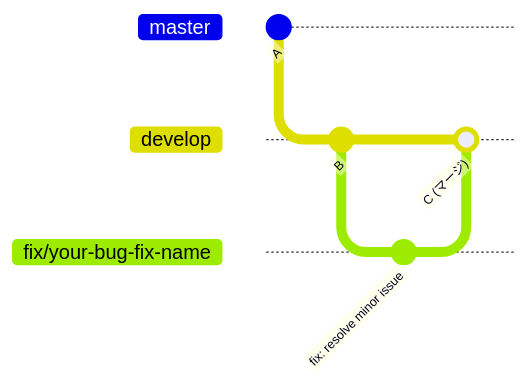
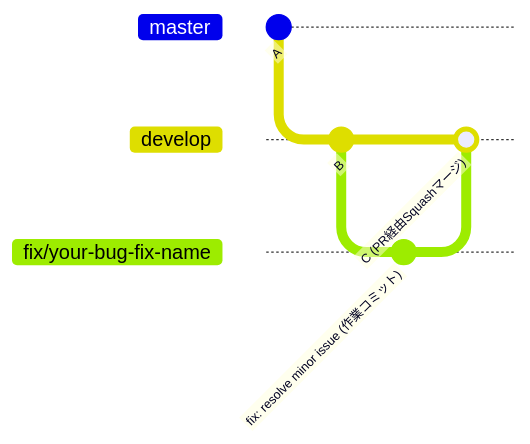
The eighth of 10 diagrams in docs/branching-and-deployment-runbook.md (raysihto-d250311a/ops-guides-ja), drawn with Mermaid before and after one commit. The commit also changed other lines of this file, not shown here.

First line of the commit message:
docs: add checkout -B warnings and update commit graphs for PR-based Squash merge (#17)

````diff
--- a/docs/branching-and-deployment-runbook.md
+++ b/docs/branching-and-deployment-runbook.md
@@ -680,13 +742,13 @@
 ```mermaid
 %%{init: {'gitGraph': {'mainBranchName': 'master'}} }%%
 gitGraph
     commit id: "A"
     branch develop
     checkout develop
     commit id: "B"
     branch fix/your-bug-fix-name
     checkout fix/your-bug-fix-name
-    commit id: "fix: resolve minor issue"
+    commit id: "fix: resolve minor issue (作業コミット)"
     checkout develop
-    merge fix/your-bug-fix-name id: "C (マージ)"
+    merge fix/your-bug-fix-name id: "C (PR経由Squashマージ)"
 ```
````
